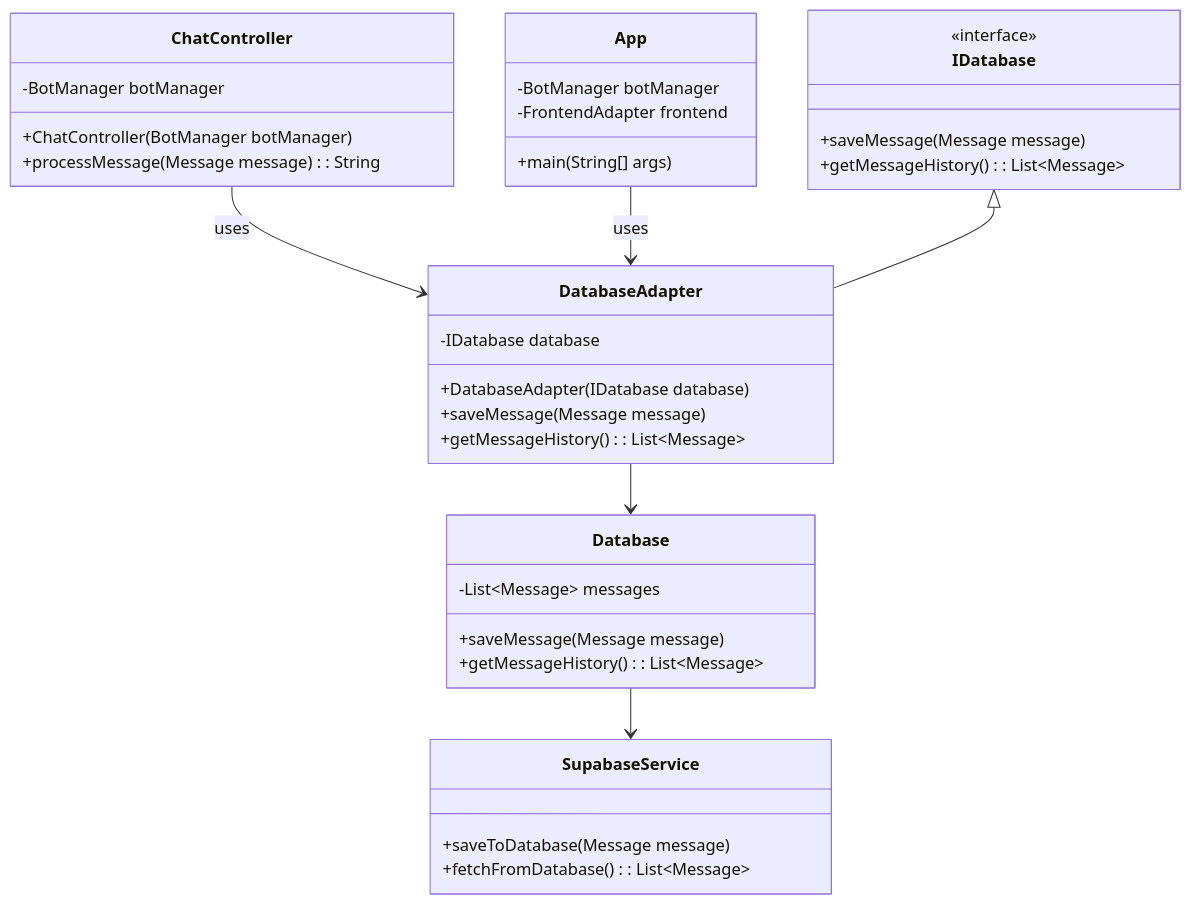
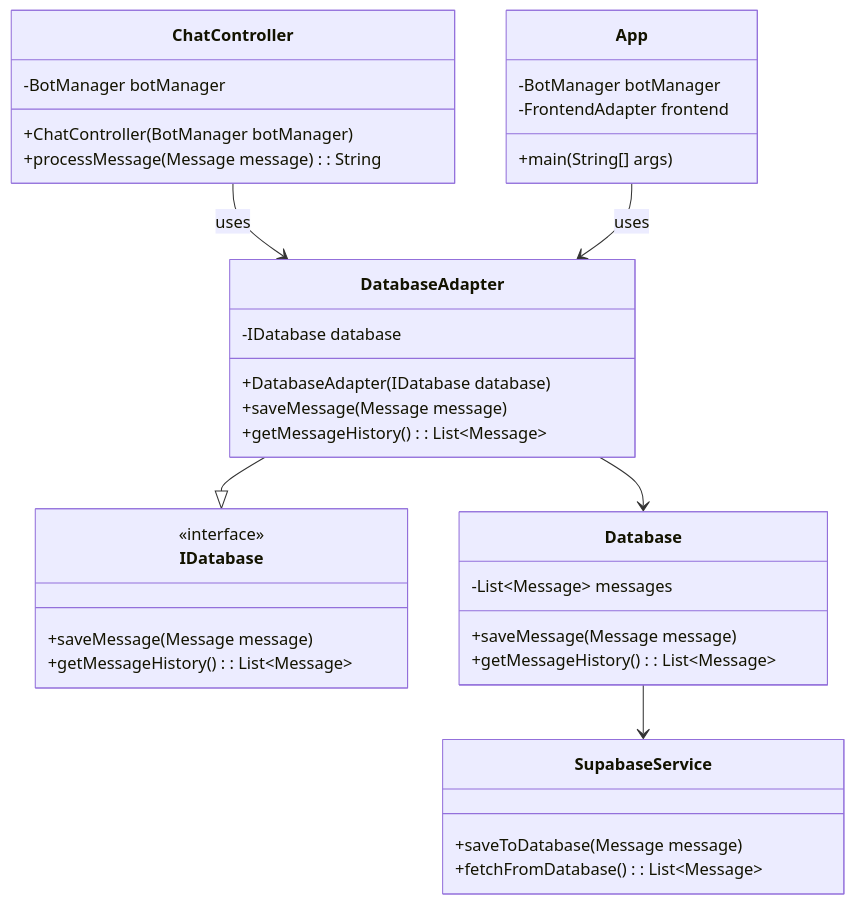
Before and after one commit to Connorh1603/Tankstellen-Projektarbeit: the fourth of 4 diagrams in documentation/1,9Infrasturktursicht.md, drawn with Mermaid.

````diff
--- a/documentation/1,9Infrasturktursicht.md
+++ b/documentation/1,9Infrasturktursicht.md
@@ -201,42 +201,42 @@
 ```mermaid
 classDiagram
     class ChatController{
       -BotManager botManager
       +ChatController(BotManager botManager)
       +processMessage(Message message): String
     }
     class App {
       -BotManager botManager
       -FrontendAdapter frontend
       +main(String[] args)
     }
 
     class IDatabase {
       <<interface>>
       +saveMessage(Message message)
       +getMessageHistory(): List~Message~
     }
 
     class Database {
       -List~Message~ messages
       +saveMessage(Message message)
       +getMessageHistory(): List~Message~
     }
 
     class SupabaseService {
       +saveToDatabase(Message message)
       +fetchFromDatabase(): List~Message~
     }
     class DatabaseAdapter {
       -IDatabase database
       +DatabaseAdapter(IDatabase database)
       +saveMessage(Message message)
       +getMessageHistory(): List~Message~
     }
 
     ChatController --> DatabaseAdapter : uses
     App --> DatabaseAdapter :uses
-    IDatabase <|-- DatabaseAdapter
+    DatabaseAdapter --|> IDatabase
     DatabaseAdapter --> Database
     Database --> SupabaseService
 ```
````
